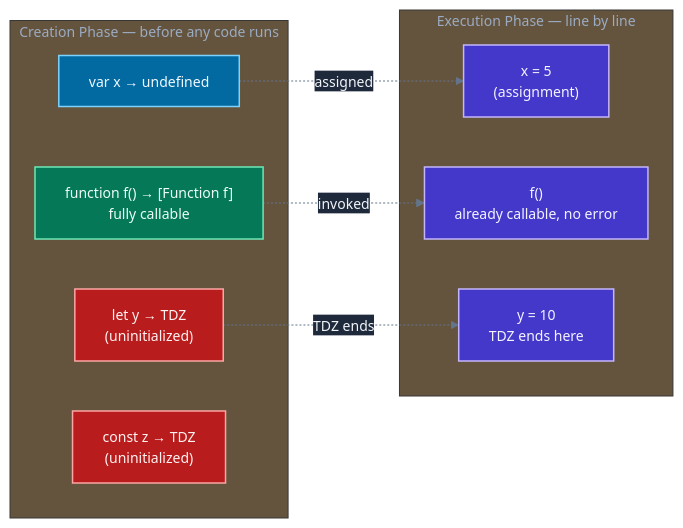
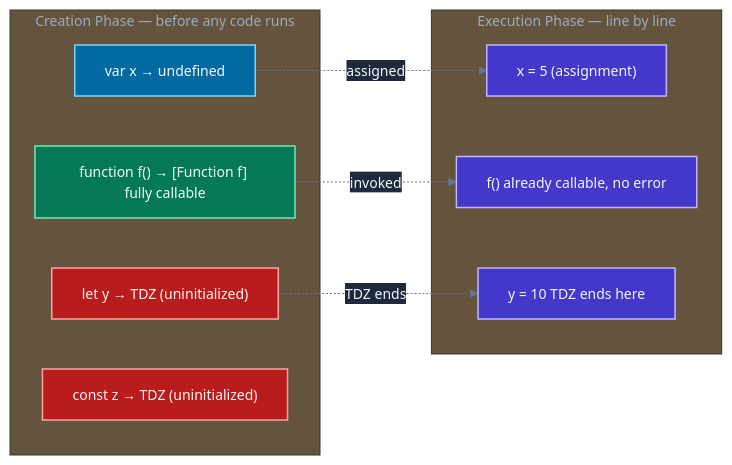
One commit to vinayakhumberi/litmus changed the first of 3 diagrams in data/topics/closures-scope-hoisting.md. Above: the diagram before and after it, drawn with Mermaid. The commit also changed other lines of this file and 68 other files, not shown here.

````diff
--- a/data/topics/closures-scope-hoisting.md
+++ b/data/topics/closures-scope-hoisting.md
@@ -46,29 +46,29 @@
 ```mermaid
 %%{init: {"theme": "base", "themeVariables": {"background":"transparent","primaryColor":"#334155","primaryTextColor":"#f1f5f9","primaryBorderColor":"#64748b","lineColor":"#64748b","edgeLabelBackground":"#1e293b","textColor":"#f1f5f9","fontFamily":"\"Plus Jakarta Sans\", sans-serif","fontSize":"14px"}}}%%
 graph LR
     subgraph CP["Creation Phase — before any code runs"]
         A["var x → undefined"]
-        B["function f() → [Function f]<br>fully callable"]
-        C["let y → TDZ<br>(uninitialized)"]
-        D["const z → TDZ<br>(uninitialized)"]
+        B["function f() → [Function f] fully callable"]
+        C["let y → TDZ (uninitialized)"]
+        D["const z → TDZ (uninitialized)"]
     end
     subgraph EP["Execution Phase — line by line"]
-        E["x = 5<br>(assignment)"]
-        F["f()<br>already callable, no error"]
-        G["y = 10<br>TDZ ends here"]
+        E["x = 5 (assignment)"]
+        F["f() already callable, no error"]
+        G["y = 10 TDZ ends here"]
     end
 
     A -.->|"assigned"| E
     B -.->|"invoked"| F
     C -.->|"TDZ ends"| G
 
     classDef varClass fill:#0369a1,stroke:#7dd3fc,color:#f0f9ff,stroke-width:1.5px;
     classDef fnClass fill:#047857,stroke:#6ee7b7,color:#ecfdf5,stroke-width:1.5px;
     classDef tdzClass fill:#b91c1c,stroke:#fca5a5,color:#fef2f2,stroke-width:1.5px;
     classDef execClass fill:#4338ca,stroke:#c4b5fd,color:#f5f3ff,stroke-width:1.5px;
 
     class A varClass;
     class B fnClass;
     class C,D tdzClass;
     class E,F,G execClass;
 ```
````
